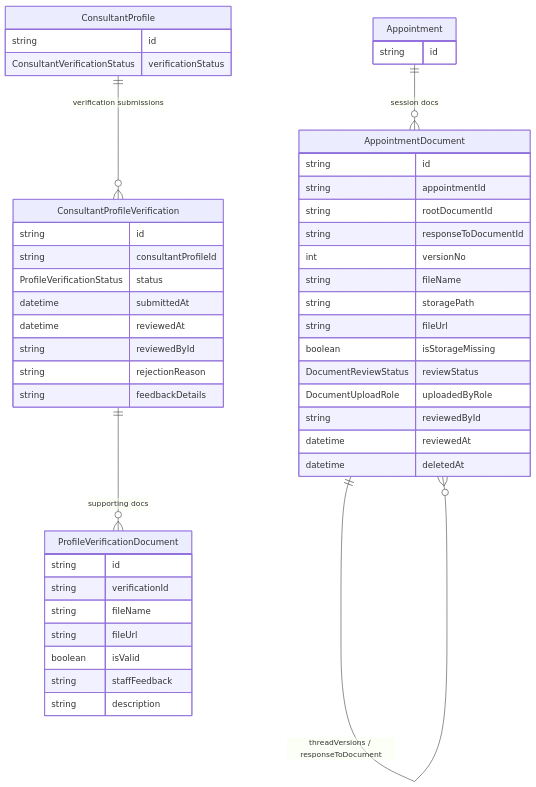
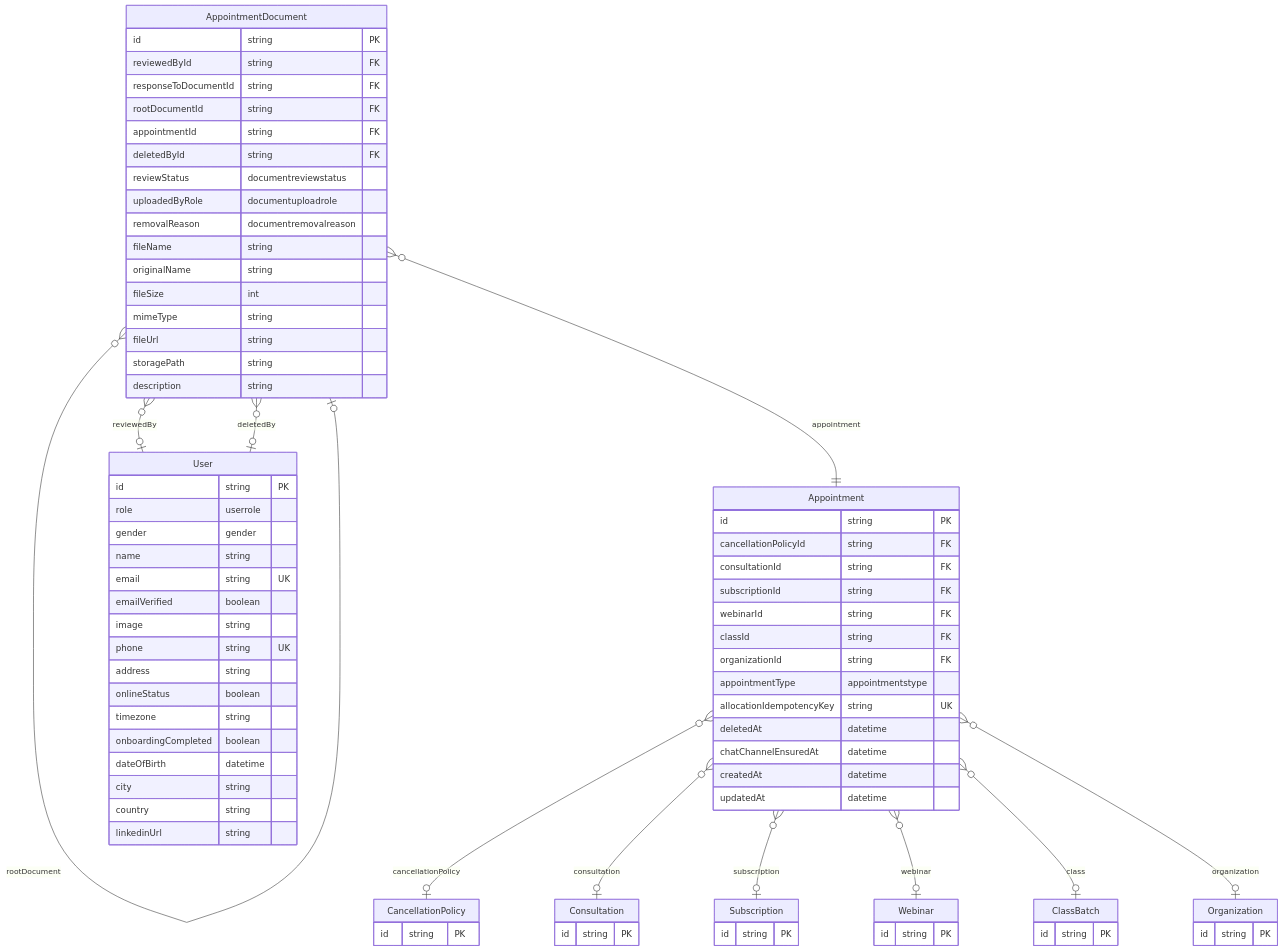
One commit to Practitionist/familiarise_web changed diagram 14 of 32 in docs/prisma/00-schema-map.md. Above: the diagram before and after it, drawn with Mermaid. The commit also changed other lines of this file and 6 other files, not shown here.

````diff
--- a/docs/prisma/00-schema-map.md
+++ b/docs/prisma/00-schema-map.md
@@ -875,50 +2223,83 @@
 ```mermaid
 erDiagram
+    AppointmentDocument {
+        id string PK
+        reviewedById string FK
+        responseToDocumentId string FK
+        rootDocumentId string FK
+        appointmentId string FK
+        deletedById string FK
+        reviewStatus documentreviewstatus
+        uploadedByRole documentuploadrole
+        removalReason documentremovalreason
+        fileName string
+        originalName string
+        fileSize int
+        mimeType string
+        fileUrl string
+        storagePath string
+        description string
+    }
     Appointment {
-        string id
+        id string PK
+        cancellationPolicyId string FK
+        consultationId string FK
+        subscriptionId string FK
+        webinarId string FK
+        classId string FK
+        organizationId string FK
+        appointmentType appointmentstype
+        allocationIdempotencyKey string UK
+        deletedAt datetime
+        chatChannelEnsuredAt datetime
+        createdAt datetime
+        updatedAt datetime
     }
-    AppointmentDocument {
-        string id
-        string appointmentId
-        string rootDocumentId
-        string responseToDocumentId
-        int versionNo
-        string fileName
-        string storagePath
-        string fileUrl
-        boolean isStorageMissing
-        DocumentReviewStatus reviewStatus
-        DocumentUploadRole uploadedByRole
-        string reviewedById
-        datetime reviewedAt
-        datetime deletedAt
+    User {
+        id string PK
+        role userrole
+        gender gender
+        name string
+        email string UK
+        emailVerified boolean
+        image string
+        phone string UK
+        address string
+        onlineStatus boolean
+        timezone string
+        onboardingCompleted boolean
+        dateOfBirth datetime
+        city string
+        country string
+        linkedinUrl string
     }
-    ConsultantProfile {
-        string id
-        ConsultantVerificationStatus verificationStatus
+    CancellationPolicy {
+        id string PK
     }
-    ConsultantProfileVerification {
-        string id
-        string consultantProfileId
-        ProfileVerificationStatus status
-        datetime submittedAt
-        datetime reviewedAt
-        string reviewedById
-        string rejectionReason
-        string feedbackDetails
+    Consultation {
+        id string PK
     }
-    ProfileVerificationDocument {
-        string id
-        string verificationId
-        string fileName
-        string fileUrl
-        boolean isValid
-        string staffFeedback
-        string description
+    Subscription {
+        id string PK
     }
-
-    Appointment ||--o{ AppointmentDocument : "session docs"
-    AppointmentDocument ||--o{ AppointmentDocument : "threadVersions / responseToDocument"
-    ConsultantProfile ||--o{ ConsultantProfileVerification : "verification submissions"
-    ConsultantProfileVerification ||--o{ ProfileVerificationDocument : "supporting docs"
+    Webinar {
+        id string PK
+    }
+    ClassBatch {
+        id string PK
+    }
+    Organization {
+        id string PK
+    }
+    AppointmentDocument }o--o| User : "reviewedBy"
+    AppointmentDocument }o--o| AppointmentDocument : "responseToDocument"
+    AppointmentDocument }o--o| AppointmentDocument : "rootDocument"
+    AppointmentDocument }o--|| Appointment : "appointment"
+    AppointmentDocument }o--o| User : "deletedBy"
+    Appointment }o--o| CancellationPolicy : "cancellationPolicy"
+    Appointment }o--o| Consultation : "consultation"
+    Appointment }o--o| Subscription : "subscription"
+    Appointment }o--o| Webinar : "webinar"
+    Appointment }o--o| ClassBatch : "class"
+    Appointment }o--o| Organization : "organization"
 ```
````
